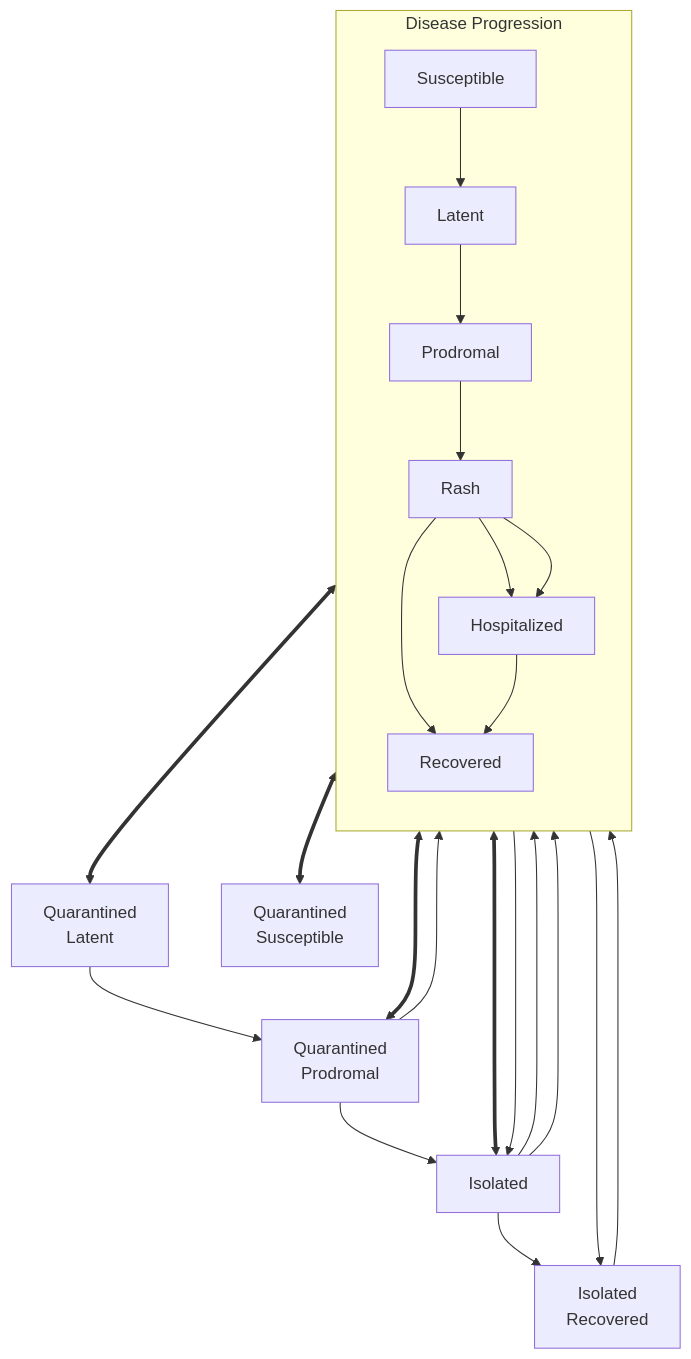
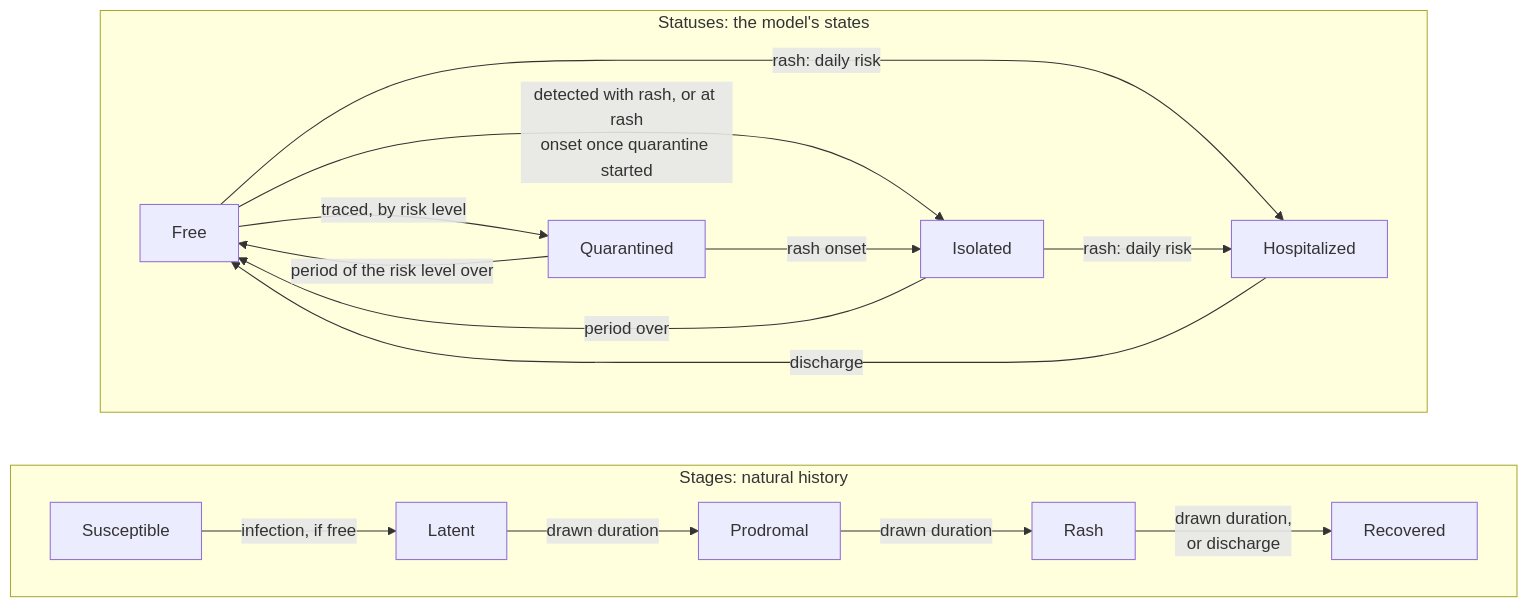
The diagram in include/measles/measlesmixingriskquarantine.mmd (UofUEpiBio/epiworld), drawn with Mermaid before and after one commit. The commit also changed other lines of this file and 15 other files, not shown here.

```diff
--- a/include/measles/measlesmixingriskquarantine.mmd
+++ b/include/measles/measlesmixingriskquarantine.mmd
@@ -1,51 +1,27 @@
-flowchart TB
+flowchart LR
 
-    %% Disease progression states
-    subgraph Main[Disease Progression]
-        direction TB
-        S[Susceptible]
-        E[Latent]
-        P[Prodromal]
-        Ra[Rash]
-        Re[Recovered]
-        H[Hospitalized]
+    %% The natural history: what the disease does (every agent has a stage)
+    subgraph Stages[Stages: natural history]
+        direction LR
+        S[Susceptible] -->|infection, if free| L[Latent]
+        L -->|drawn duration| P[Prodromal]
+        P -->|drawn duration| Ra[Rash]
+        Ra -->|drawn duration,<br>or discharge| Re[Recovered]
     end
 
-    S --> E
-    E --> P
-    P --> Ra
-    Ra --> Re
-    
-    Ra --> H
-    H --> Re
-
-    %% Quarantine states
-    Qe[Quarantined<br>Latent]
-    Qs[Quarantined<br>Susceptible]
-    Qp[Quarantined<br>Prodromal]
-    I[Isolated]
-    Ir[Isolated<br>Recovered]
-
-    %% Isolation process
-    Ra <==> I
-    Ra --> Ir
-    Ra --> H
-    
-    I --> Re
-    I --> H
-
-    I --> Ir
-    Ir --> Re
-
-    %% Quarantine process
-    S <==> Qs
-    %% Qs --> S
-
-    E <==> Qe
-    Qe --> Qp
-    Qp --> I
-    Qp --> Ra
-
-    P <==> Qp
-
-    P --> I
+    %% The statuses: where the agent is (who it meets)
+    subgraph Statuses[Statuses: the model's states]
+        direction LR
+        F[Free]
+        Q[Quarantined]
+        I[Isolated]
+        H[Hospitalized]
+        F -->|traced, by risk level| Q
+        Q -->|period of the risk level over| F
+        F -->|detected with rash, or at rash<br>onset once quarantine started| I
+        Q -->|rash onset| I
+        I -->|period over| F
+        F -->|rash: daily risk| H
+        I -->|rash: daily risk| H
+        H -->|discharge| F
+    end
```
